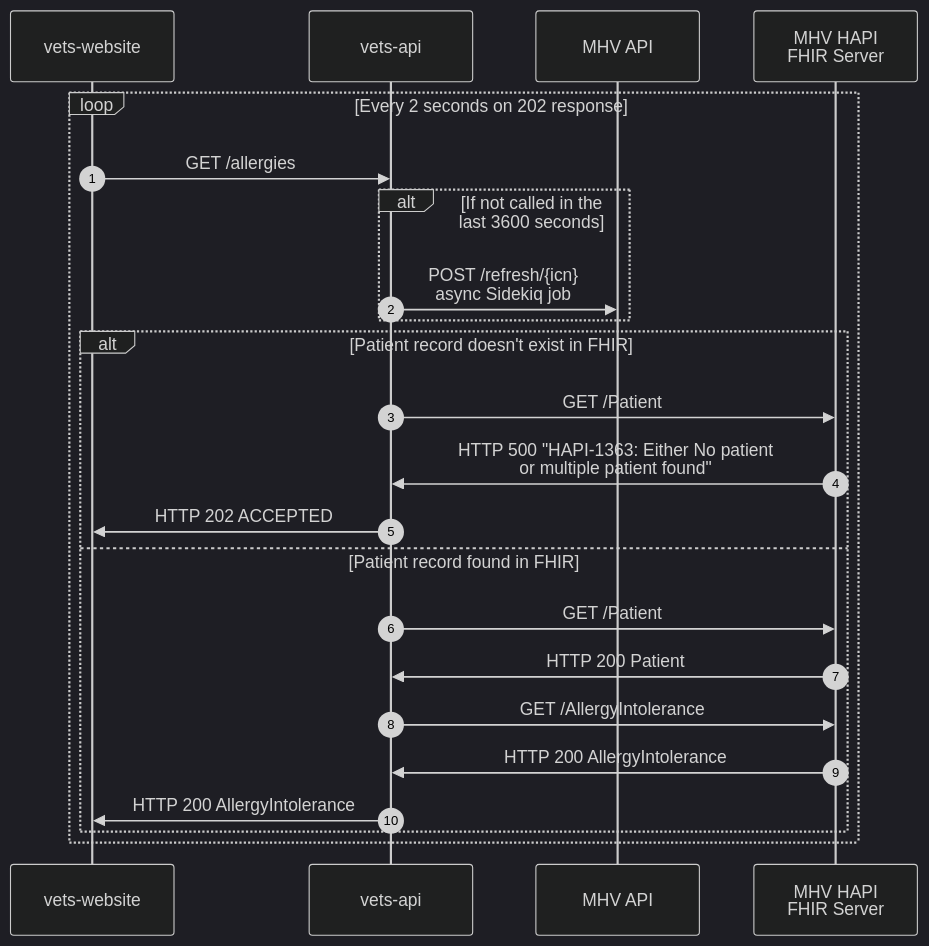
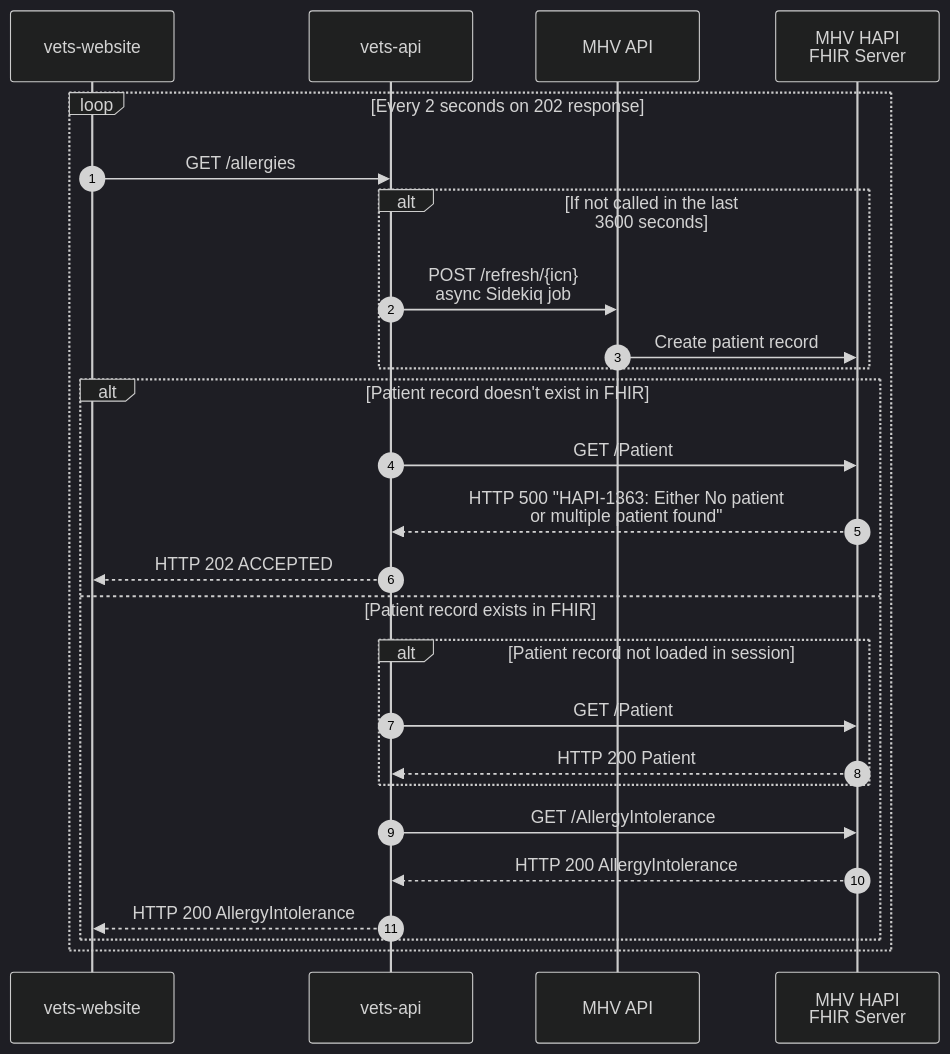
Before and after one commit to department-of-veterans-affairs/va.gov-team: the first of 3 diagrams in products/health-care/digital-health-modernization/mhv-to-va.gov/medical-records/process/phr-refresh.md, drawn with Mermaid (dark theme). The commit also changed other lines of this file, not shown here.

````diff
--- a/products/health-care/digital-health-modernization/mhv-to-va.gov/medical-records/process/phr-refresh.md
+++ b/products/health-care/digital-health-modernization/mhv-to-va.gov/medical-records/process/phr-refresh.md
@@ -44,25 +44,28 @@
 ```mermaid
 sequenceDiagram
 	autonumber
 	participant VW as vets-website
 	participant VA as vets-api
 	participant MHVAPI as MHV API
 	participant FHIR as MHV HAPI<br />FHIR Server
 	loop Every 2 seconds on 202 response
 		VW->>VA: GET /allergies
 		alt If not called in the last 3600 seconds
 			VA->>MHVAPI: POST /refresh/{icn}<br/>async Sidekiq job
+			MHVAPI->>FHIR: Create patient record
 		end
 		alt Patient record doesn't exist in FHIR
 			VA->>FHIR: GET /Patient
-			FHIR->>VA: HTTP 500 "HAPI-1363: Either No patient<br />or multiple patient found"
-			VA->>VW: HTTP 202 ACCEPTED
-		else Patient record found in FHIR
-			VA->>FHIR: GET /Patient
-			FHIR->>VA: HTTP 200 Patient
+			FHIR-->>VA: HTTP 500 "HAPI-1363: Either No patient<br />or multiple patient found"
+			VA-->>VW: HTTP 202 ACCEPTED
+		else Patient record exists in FHIR
+			alt Patient record not loaded in session
+				VA->>FHIR: GET /Patient
+				FHIR-->>VA: HTTP 200 Patient
+			end
 			VA->>FHIR: GET /AllergyIntolerance
-			FHIR->>VA: HTTP 200 AllergyIntolerance
-			VA->>VW: HTTP 200 AllergyIntolerance
+			FHIR-->>VA: HTTP 200 AllergyIntolerance
+			VA-->>VW: HTTP 200 AllergyIntolerance
 		end
 	end
 ```
````
